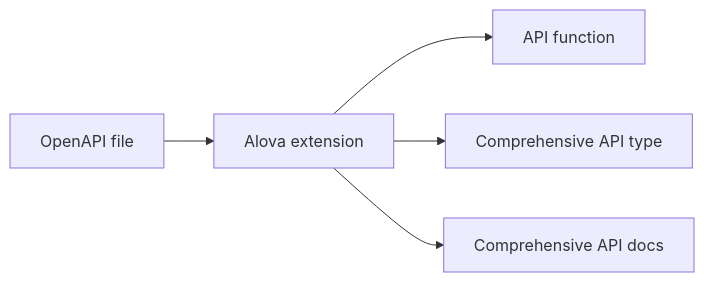
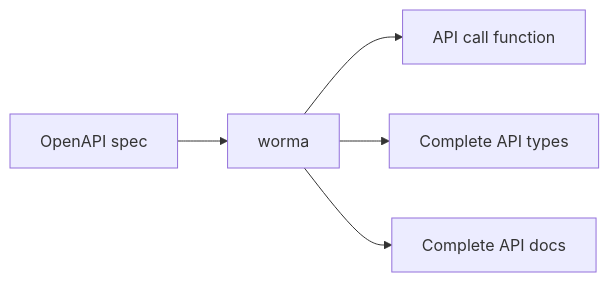
One commit to alovajs/alovajs.github.io changed the first of 2 diagrams in docs/tutorial/02-getting-started/01-introduce.md. Above: the diagram before and after it, drawn with Mermaid. The commit also changed other lines of this file and 170 other files, not shown here.

````diff
--- a/docs/tutorial/02-getting-started/01-introduce.md
+++ b/docs/tutorial/02-getting-started/01-introduce.md
@@ -406,6 +57,6 @@
 ```mermaid
 flowchart LR
-R1[OpenAPI file] --> S1[Alova extension] --> W1[API function]
-S1[Alova extension] --> W2[Comprehensive API type]
-S1[Alova extension] --> W3[Comprehensive API docs]
+R1[OpenAPI spec] --> S1[worma] --> W1[API call function]
+S1[worma] --> W2[Complete API types]
+S1[worma] --> W3[Complete API docs]
 ```
````
